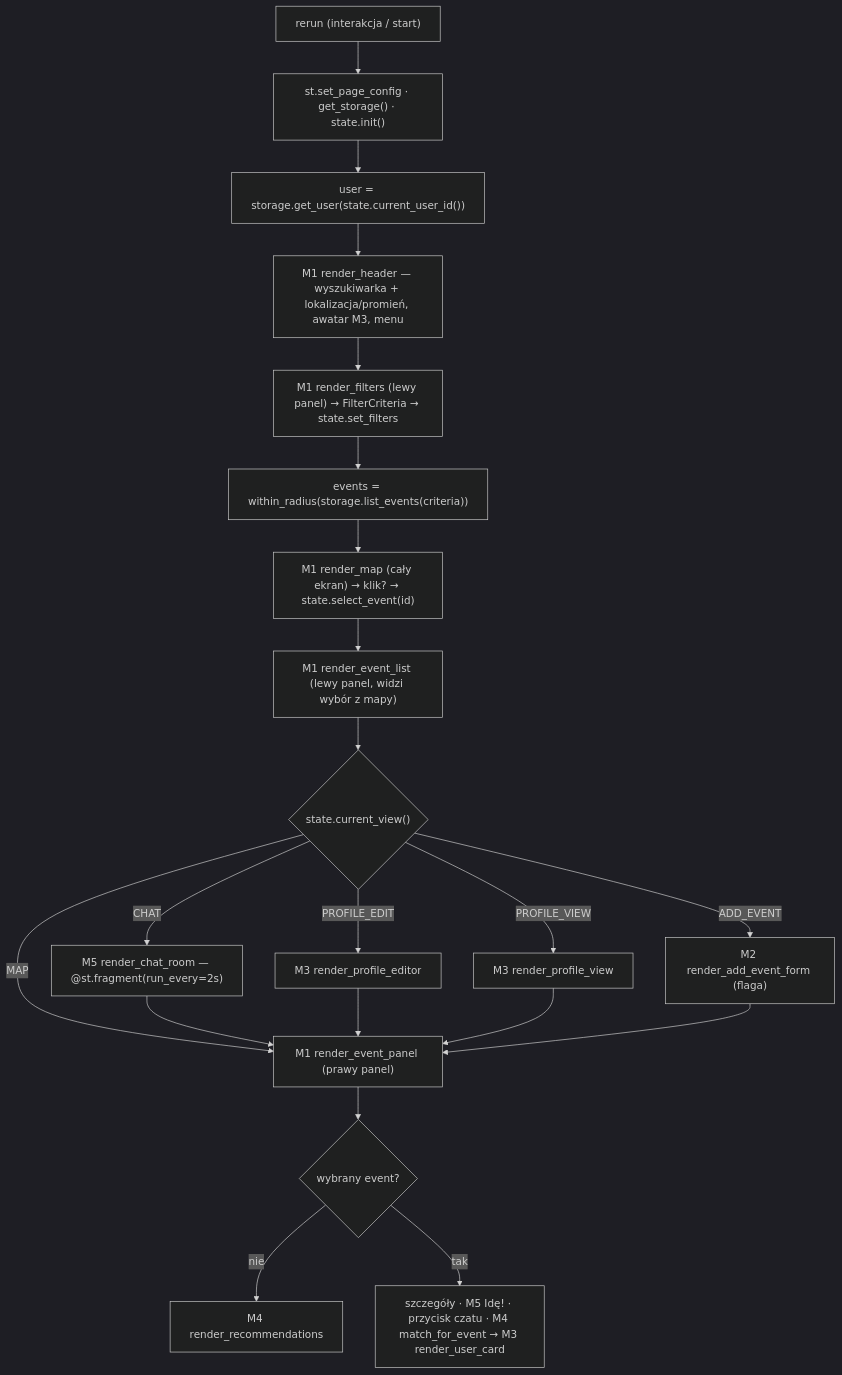
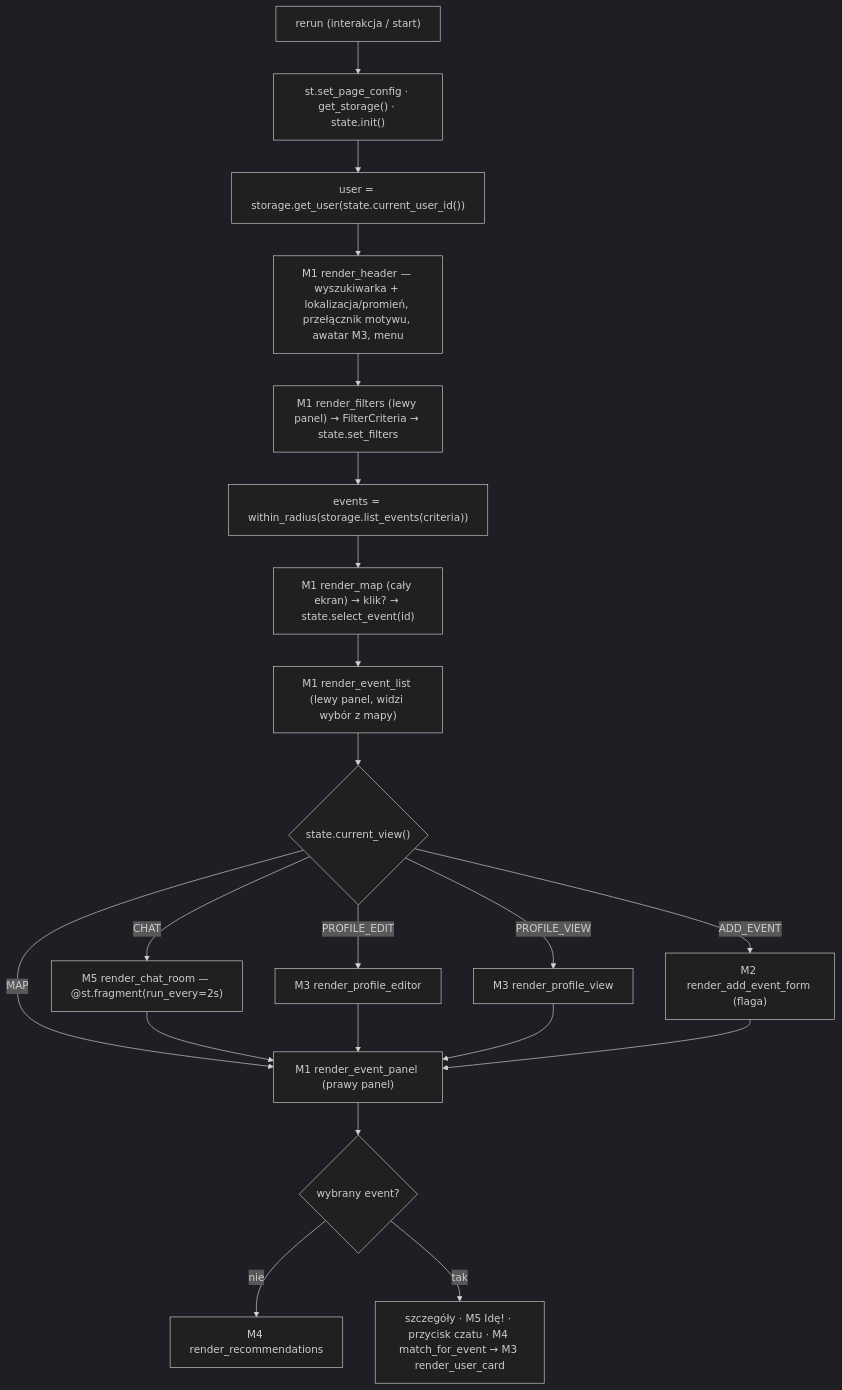
One commit to klonicaWeronika/HackYeah26_event_app changed the fourth of 7 diagrams in ARCHITECTURE.md. Above: the diagram before and after it, drawn with Mermaid (dark theme). The commit also changed other lines of this file and 13 other files, not shown here.

First line of the commit message:
Meevent: nowa nazwa aplikacji + przełącznik jasnego/ciemnego motywu

````diff
--- a/ARCHITECTURE.md
+++ b/ARCHITECTURE.md
@@ -169,20 +169,20 @@
 ```mermaid
 flowchart TD
     A["rerun (interakcja / start)"] --> B["st.set_page_config · get_storage() · state.init()"]
     B --> C["user = storage.get_user(state.current_user_id())"]
-    C --> D["M1 render_header — wyszukiwarka + lokalizacja/promień, awatar M3, menu"]
+    C --> D["M1 render_header — wyszukiwarka + lokalizacja/promień, przełącznik motywu, awatar M3, menu"]
     D --> E["M1 render_filters (lewy panel) → FilterCriteria → state.set_filters"]
     E --> F["events = within_radius(storage.list_events(criteria))"]
     F --> H["M1 render_map (cały ekran) → klik? → state.select_event(id)"]
     H --> LST["M1 render_event_list (lewy panel, widzi wybór z mapy)"]
     LST --> G{"state.current_view()"}
     G -->|CHAT| I["M5 render_chat_room — @st.fragment(run_every=2s)"]
     G -->|PROFILE_EDIT| J["M3 render_profile_editor"]
     G -->|PROFILE_VIEW| K["M3 render_profile_view"]
     G -->|ADD_EVENT| L["M2 render_add_event_form (flaga)"]
     G -->|MAP| P
     I & J & K & L --> P["M1 render_event_panel (prawy panel)"]
     P --> Q{"wybrany event?"}
     Q -->|nie| R["M4 render_recommendations"]
     Q -->|tak| S["szczegóły · M5 Idę! · przycisk czatu · M4 match_for_event → M3 render_user_card"]
 ```
````
